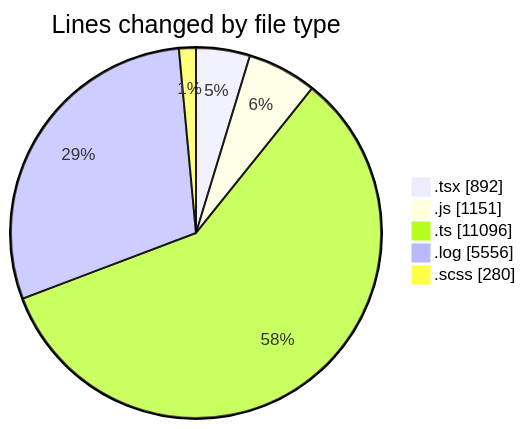
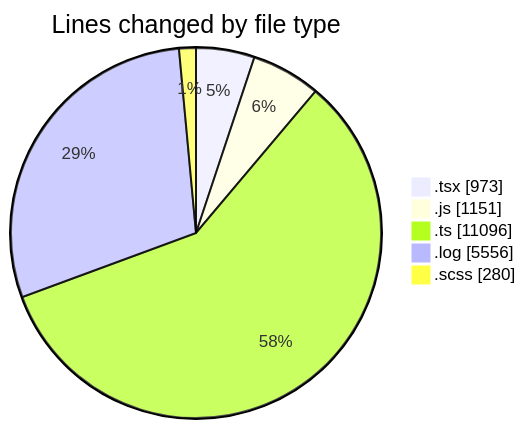
Before and after one commit to momahboobian/code-tracking: the first of 2 diagrams in 2026-04-09/cda/README.md, drawn with Mermaid. The commit also changed other lines of this file and 1 other file, not shown here.

````diff
--- a/2026-04-09/cda/README.md
+++ b/2026-04-09/cda/README.md
@@ -31,9 +32,9 @@
 ```mermaid
 pie showData
 title Lines changed by file type
-".tsx" : 892
+".tsx" : 973
 ".js" : 1151
 ".ts" : 11096
 ".log" : 5556
 ".scss" : 280
 ```
````
